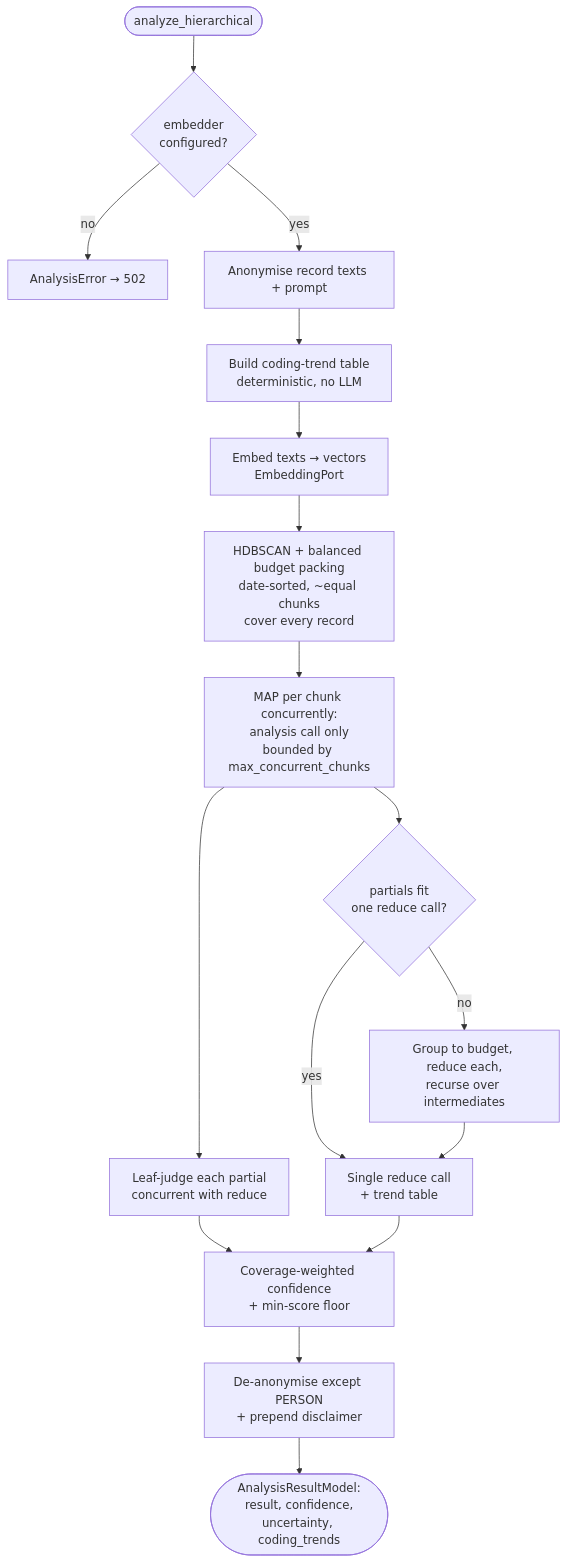
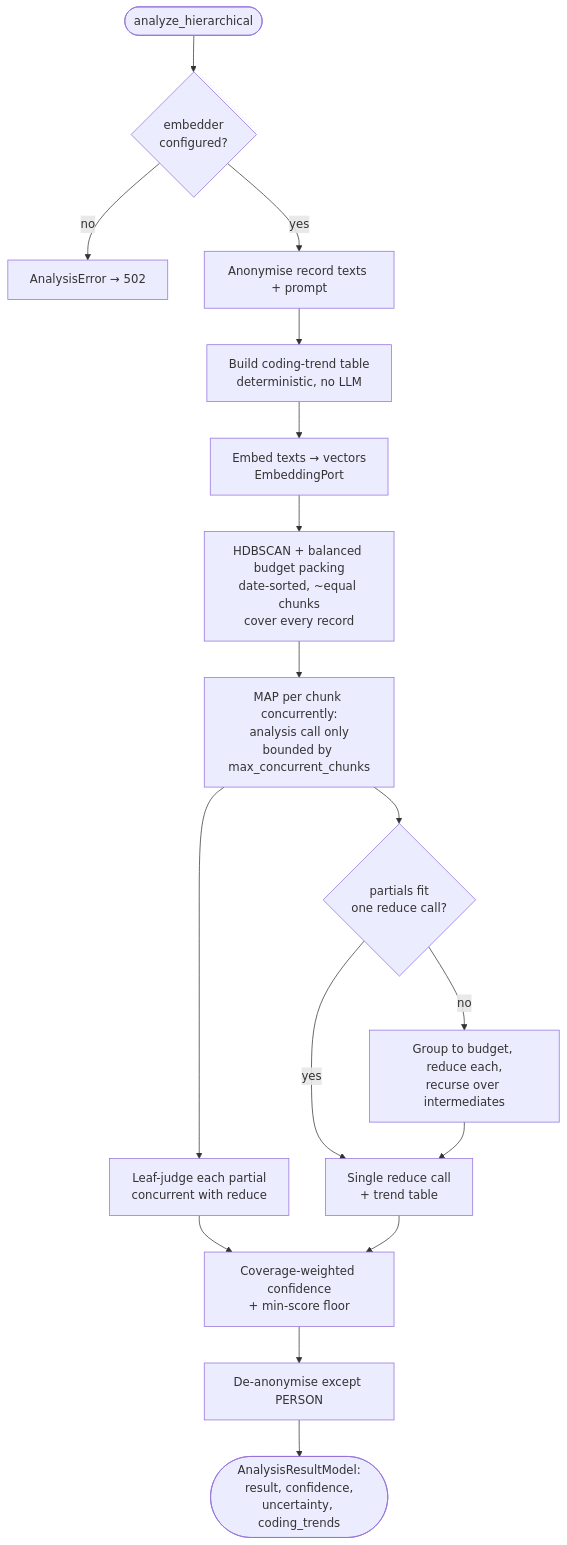
One commit to rodekruis/qualitative-feedback-analysis changed the first of 2 diagrams in docs/architecture/07-hierarchical-analysis.md. Above: the diagram before and after it, drawn with Mermaid. The commit also changed other lines of this file and 11 other files, not shown here.

````diff
--- a/docs/architecture/07-hierarchical-analysis.md
+++ b/docs/architecture/07-hierarchical-analysis.md
@@ -147,19 +147,19 @@
 ```mermaid
 flowchart TD
     start([analyze_hierarchical]) --> guard{embedder<br/>configured?}
     guard -- no --> err[AnalysisError → 502]
     guard -- yes --> anon[Anonymise record texts + prompt]
     anon --> trend[Build coding-trend table<br/>deterministic, no LLM]
     trend --> embed[Embed texts → vectors<br/>EmbeddingPort]
     embed --> cluster[HDBSCAN + balanced budget packing<br/>date-sorted, ~equal chunks<br/>cover every record]
     cluster --> map[MAP per chunk concurrently:<br/>analysis call only<br/>bounded by max_concurrent_chunks]
     map --> judge[Leaf-judge each partial<br/>concurrent with reduce]
     map --> fits{partials fit<br/>one reduce call?}
     fits -- yes --> synth[Single reduce call<br/>+ trend table]
     fits -- no --> tree[Group to budget, reduce each,<br/>recurse over intermediates]
     tree --> synth
     judge --> conf[Coverage-weighted confidence<br/>+ min-score floor]
     synth --> conf
-    conf --> deanon[De-anonymise except PERSON<br/>+ prepend disclaimer]
+    conf --> deanon[De-anonymise except PERSON]
     deanon --> out([AnalysisResultModel:<br/>result, confidence,<br/>uncertainty, coding_trends])
 ```
````
